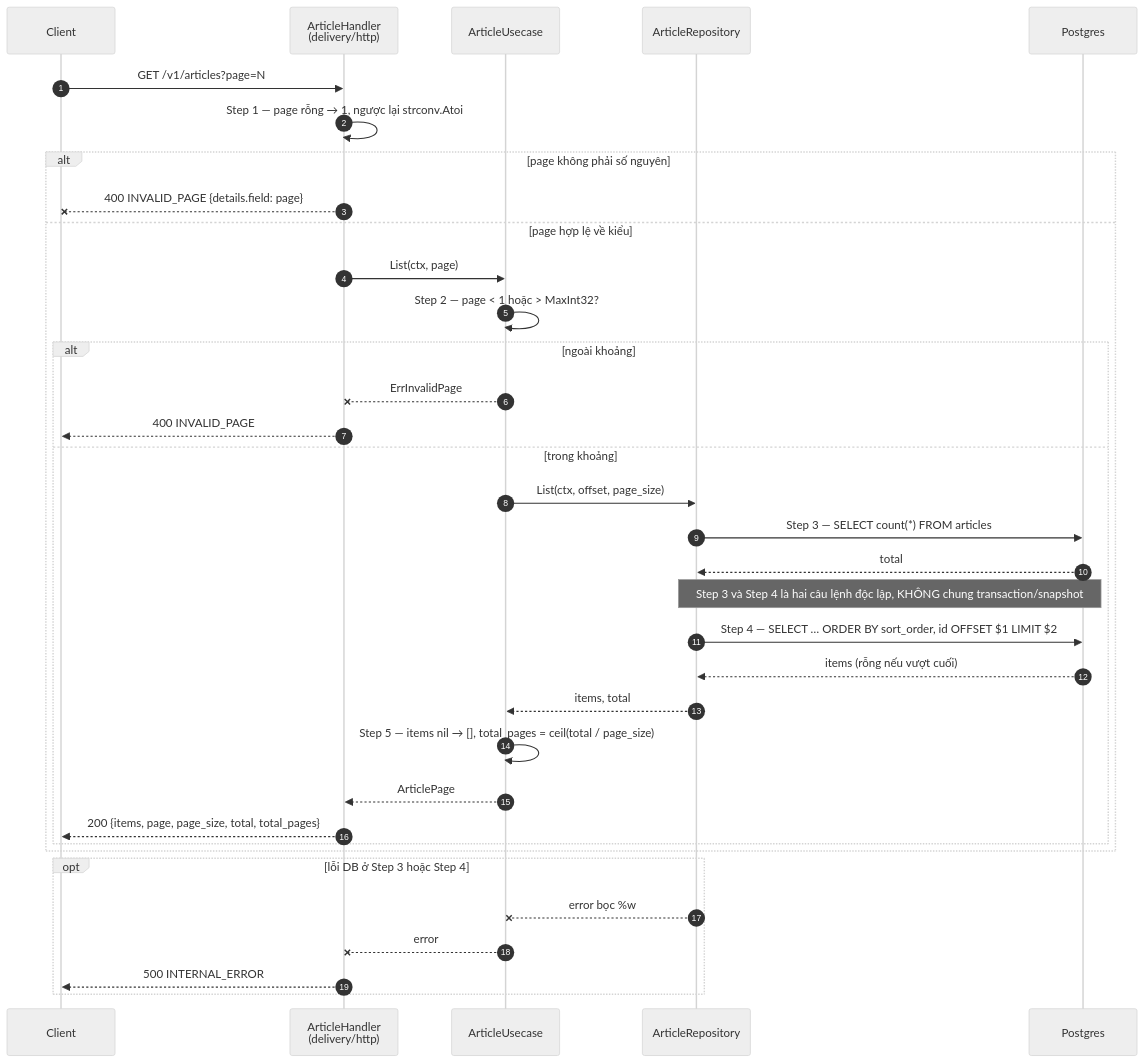
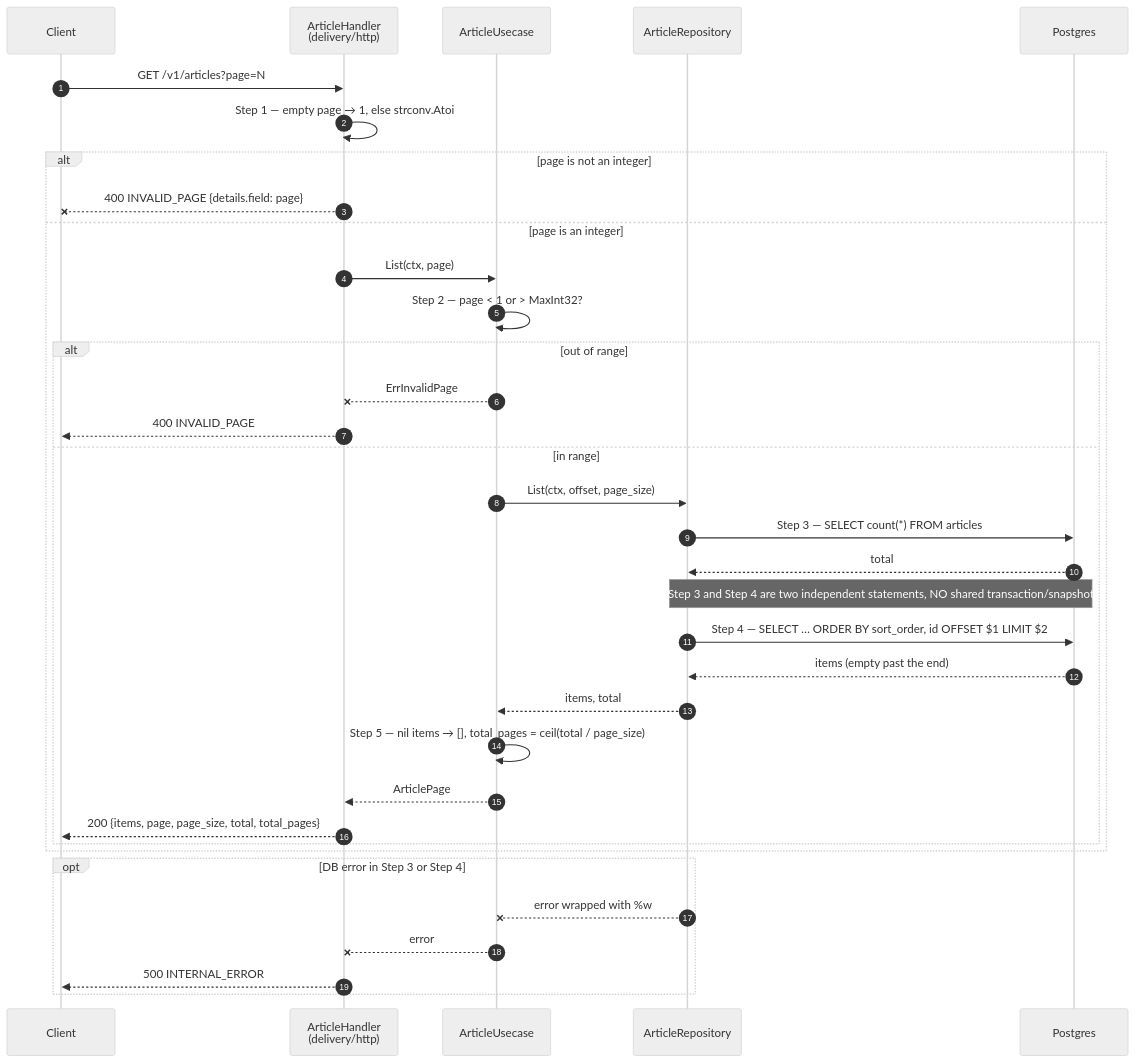
The first of 3 diagrams in docs/specs/features/article/flow.md (chjpcojit/innerlamp-be), drawn with Mermaid (neutral theme) before and after one commit. The commit also changed other lines of this file and 4 other files, not shown here.

````diff
--- a/docs/specs/features/article/flow.md
+++ b/docs/specs/features/article/flow.md
@@ -14,38 +15,38 @@
 ```mermaid
 sequenceDiagram
     autonumber
     participant C as Client
     participant H as ArticleHandler<br/>(delivery/http)
     participant U as ArticleUsecase
     participant R as ArticleRepository
     participant DB as Postgres
 
     C->>H: GET /v1/articles?page=N
-    H->>H: Step 1 — page rỗng → 1, ngược lại strconv.Atoi
-    alt page không phải số nguyên
+    H->>H: Step 1 — empty page → 1, else strconv.Atoi
+    alt page is not an integer
         H--xC: 400 INVALID_PAGE {details.field: page}
-    else page hợp lệ về kiểu
+    else page is an integer
         H->>U: List(ctx, page)
-        U->>U: Step 2 — page < 1 hoặc > MaxInt32?
-        alt ngoài khoảng
+        U->>U: Step 2 — page < 1 or > MaxInt32?
+        alt out of range
             U--xH: ErrInvalidPage
             H-->>C: 400 INVALID_PAGE
-        else trong khoảng
+        else in range
             U->>R: List(ctx, offset, page_size)
             R->>DB: Step 3 — SELECT count(*) FROM articles
             DB-->>R: total
-            Note over R,DB: Step 3 và Step 4 là hai câu lệnh độc lập, KHÔNG chung transaction/snapshot
+            Note over R,DB: Step 3 and Step 4 are two independent statements, NO shared transaction/snapshot
             R->>DB: Step 4 — SELECT … ORDER BY sort_order, id OFFSET $1 LIMIT $2
-            DB-->>R: items (rỗng nếu vượt cuối)
+            DB-->>R: items (empty past the end)
             R-->>U: items, total
-            U->>U: Step 5 — items nil → [], total_pages = ceil(total / page_size)
+            U->>U: Step 5 — nil items → [], total_pages = ceil(total / page_size)
             U-->>H: ArticlePage
             H-->>C: 200 {items, page, page_size, total, total_pages}
         end
     end
-    opt lỗi DB ở Step 3 hoặc Step 4
-        R--xU: error bọc %w
+    opt DB error in Step 3 or Step 4
+        R--xU: error wrapped with %w
         U--xH: error
         H-->>C: 500 INTERNAL_ERROR
     end
 ```
````
